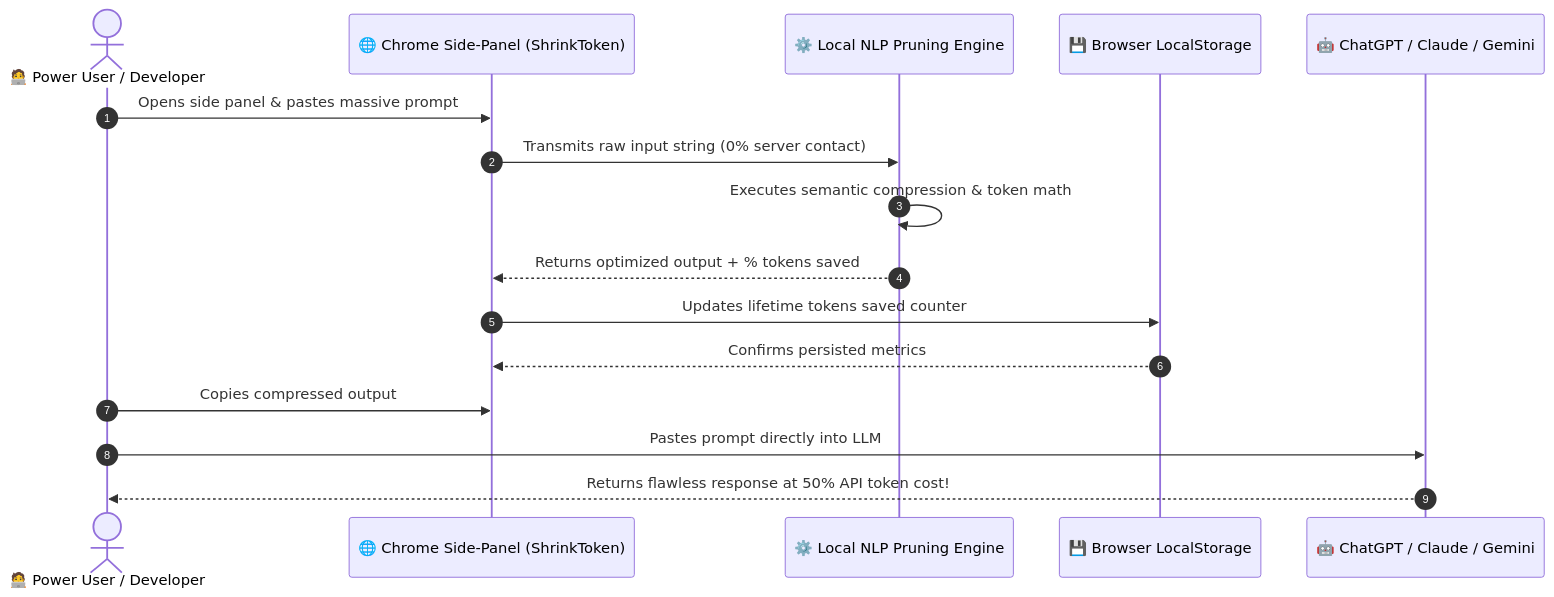
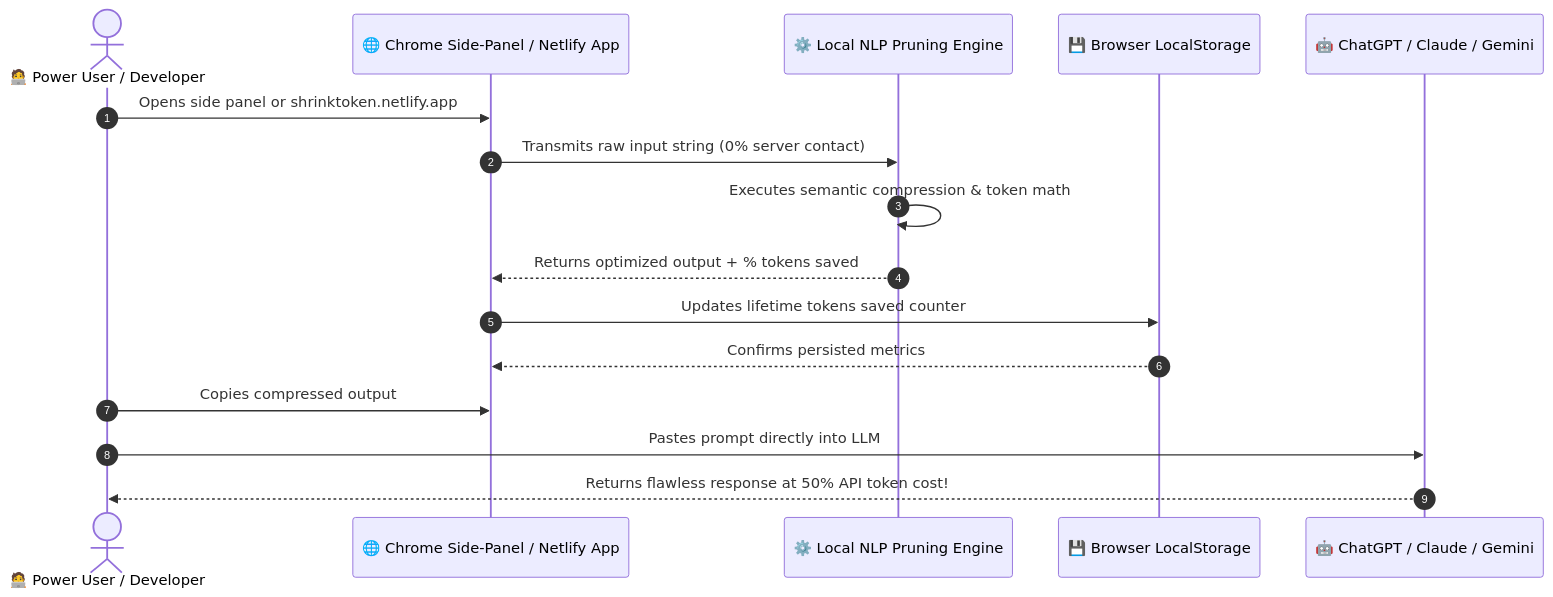
Before and after one commit to AREKG0/shrinktoken: the second of 2 diagrams in README.md, drawn with Mermaid. The commit also changed other lines of this file, not shown here.

Commit message:
Docs: Add live Netlify web app link and humorous domain donation section

````diff
--- a/README.md
+++ b/README.md
@@ -236,19 +251,19 @@
 ```mermaid
 sequenceDiagram
     autonumber
     actor User as 🧑‍💻 Power User / Developer
-    participant Browser as 🌐 Chrome Side-Panel (ShrinkToken)
+    participant Browser as 🌐 Chrome Side-Panel / Netlify App
     participant Engine as ⚙️ Local NLP Pruning Engine
     participant Storage as 💾 Browser LocalStorage
     participant AI as 🤖 ChatGPT / Claude / Gemini
 
-    User->>Browser: Opens side panel & pastes massive prompt
+    User->>Browser: Opens side panel or shrinktoken.netlify.app
     Browser->>Engine: Transmits raw input string (0% server contact)
     Engine->>Engine: Executes semantic compression & token math
     Engine-->>Browser: Returns optimized output + % tokens saved
     Browser->>Storage: Updates lifetime tokens saved counter
     Storage-->>Browser: Confirms persisted metrics
     User->>Browser: Copies compressed output
     User->>AI: Pastes prompt directly into LLM
     AI-->>User: Returns flawless response at 50% API token cost!
 ```
````
